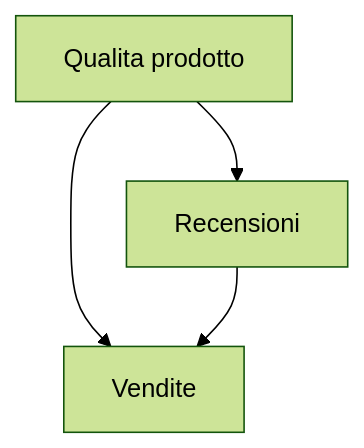
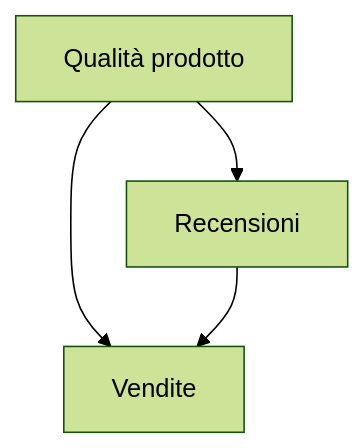
Before and after one commit to AndreyBertasini/gynnitech: the fourth of 4 diagrams in src/content/corso/filosofia-analisi-dati/judea-pearl-dag-e-rivoluzione-causale.mdx, drawn with Mermaid (forest theme). The commit also changed other lines of this file and 1491 other files, not shown here.

````diff
--- a/src/content/corso/filosofia-analisi-dati/judea-pearl-dag-e-rivoluzione-causale.mdx
+++ b/src/content/corso/filosofia-analisi-dati/judea-pearl-dag-e-rivoluzione-causale.mdx
@@ -82,6 +111,6 @@
 ```mermaid
 flowchart TD
-  A["Qualita prodotto"] --> B["Recensioni"]
+  A["Qualità prodotto"] --> B["Recensioni"]
   A --> C["Vendite"]
   B --> C
 ```
````
